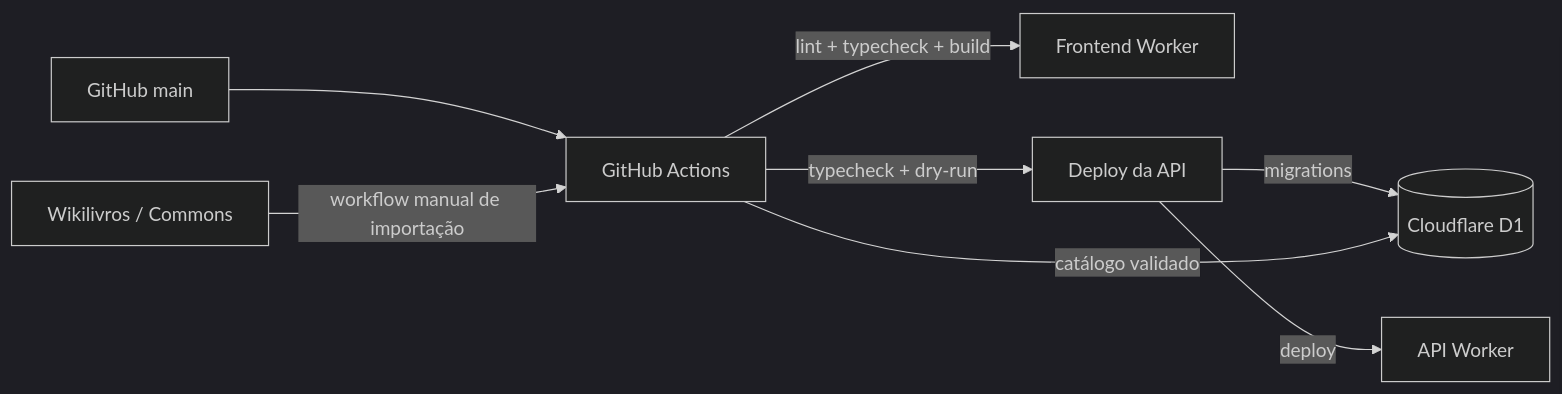
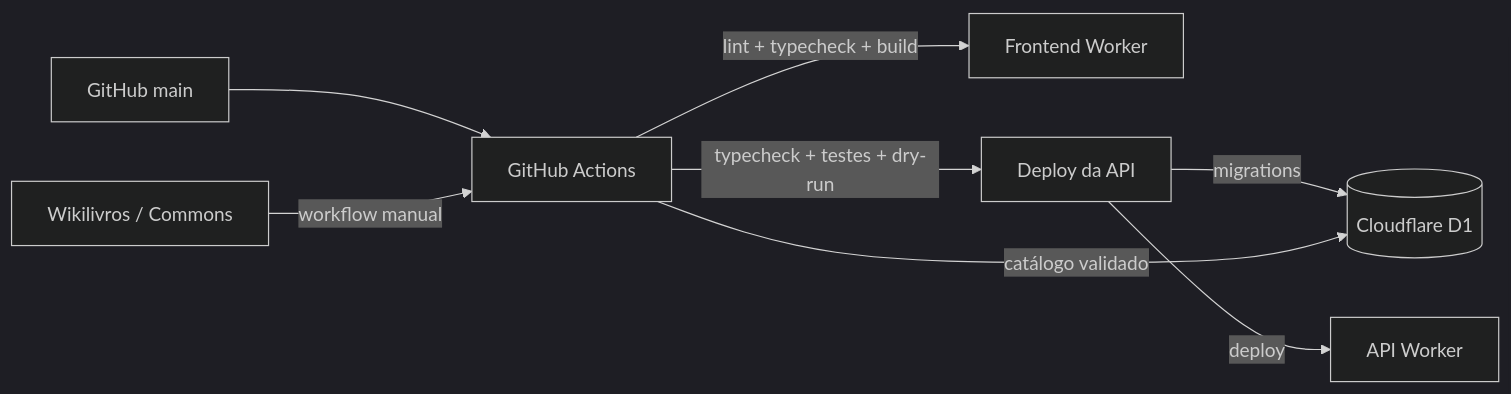
The third of 3 diagrams in docs/architecture.md (pitado/receitando), drawn with Mermaid (dark theme) before and after one commit. The commit also changed other lines of this file, not shown here.

Commit message:
docs: corrige entrypoint e cadeia real da API

````diff
--- a/docs/architecture.md
+++ b/docs/architecture.md
@@ -156,17 +155,17 @@
 ```mermaid
 flowchart LR
     G[GitHub main]
     CI[GitHub Actions]
     FW[Frontend Worker]
     AW[API Worker]
     D1[(Cloudflare D1)]
     WM[Wikilivros / Commons]
 
     G --> CI
     CI -->|lint + typecheck + build| FW
-    CI -->|typecheck + dry-run| ADEP[Deploy da API]
+    CI -->|typecheck + testes + dry-run| ADEP[Deploy da API]
     ADEP -->|migrations| D1
     ADEP -->|deploy| AW
-    WM -->|workflow manual de importação| CI
+    WM -->|workflow manual| CI
     CI -->|catálogo validado| D1
 ```
````
